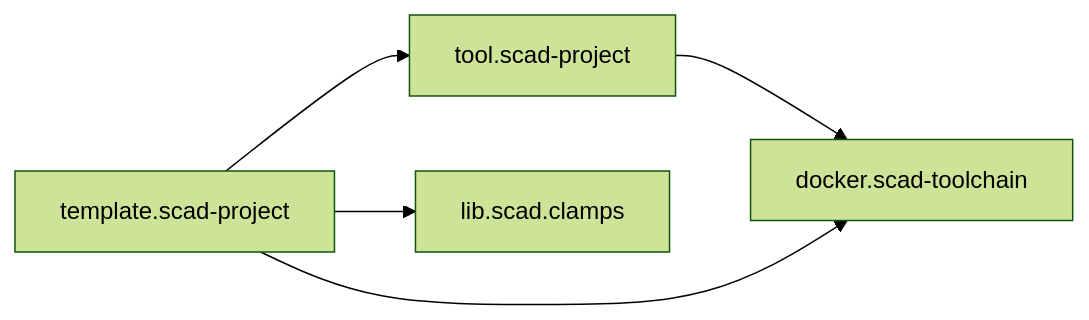
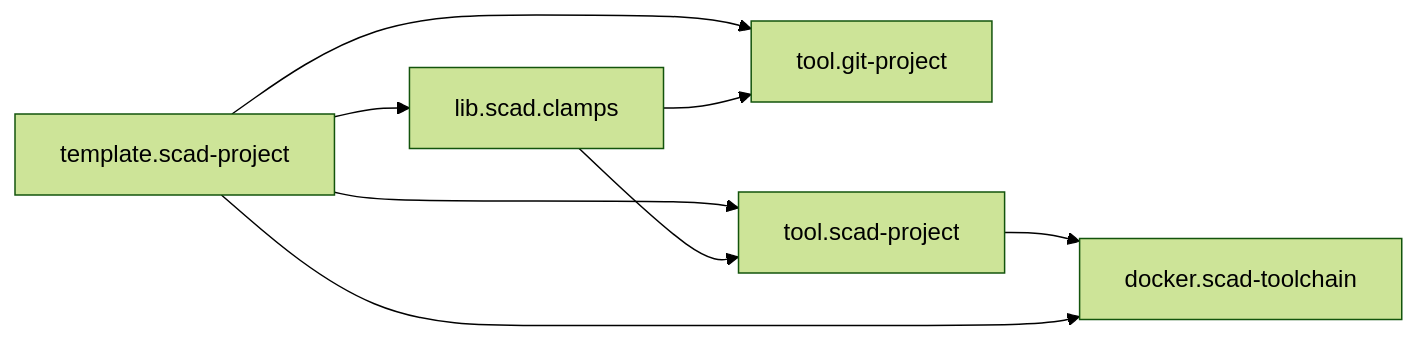
One commit to brainboxemb/meta.scad-projects changed the third of 3 diagrams in docs/architecture.md. Above: the diagram before and after it, drawn with Mermaid (forest theme). The commit also changed other lines of this file and 8 other files, not shown here.

First line of the commit message:
Insert tool.git-project adoption before build telemetry (#4)

````diff
--- a/docs/architecture.md
+++ b/docs/architecture.md
@@ -186,12 +233,16 @@
 ```mermaid
 flowchart LR
+    GITTOOL[tool.git-project]
     TOOLCHAIN[docker.scad-toolchain]
     TOOL[tool.scad-project]
     TEMPLATE[template.scad-project]
     CLAMPS[lib.scad.clamps]
 
     TOOL --> TOOLCHAIN
+    TEMPLATE --> GITTOOL
     TEMPLATE --> TOOL
     TEMPLATE --> TOOLCHAIN
     TEMPLATE --> CLAMPS
+    CLAMPS --> GITTOOL
+    CLAMPS --> TOOL
 ```
````
